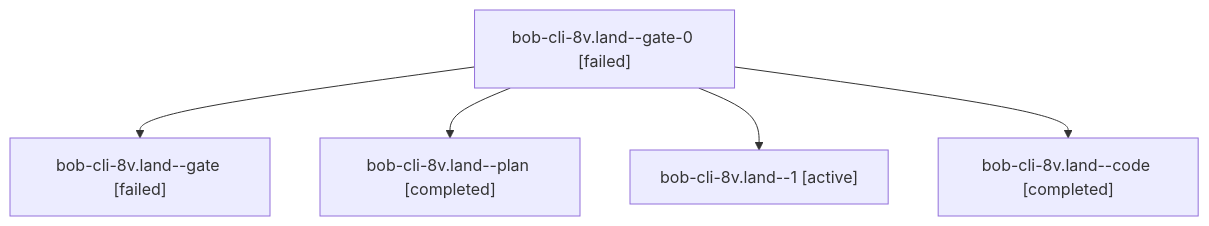
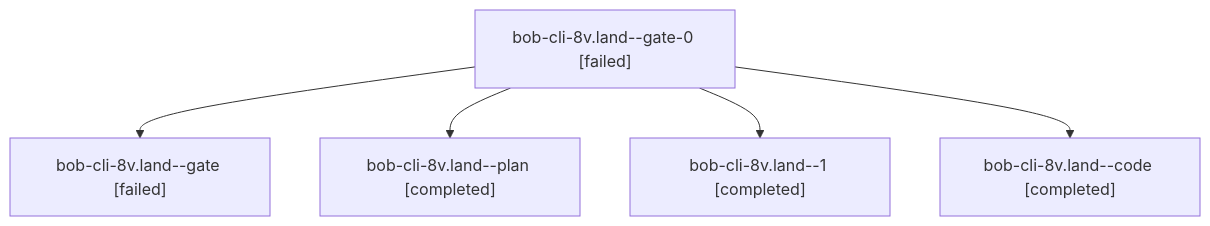
The diagram in sessions/bbugyi200.athena.bob-cli-8v.land.md (bobs-org/bob-cli--agents), drawn with Mermaid before and after one commit. The commit also changed other lines of this file and 396 other files, not shown here.

````diff
--- a/sessions/bbugyi200.athena.bob-cli-8v.land.md
+++ b/sessions/bbugyi200.athena.bob-cli-8v.land.md
@@ -9,12 +9,12 @@
 ```mermaid
 flowchart TD
   n0["bob-cli-8v.land--gate-0 [failed]"]
   n1["bob-cli-8v.land--gate [failed]"]
   n0 --> n1
   n2["bob-cli-8v.land--plan [completed]"]
   n0 --> n2
-  n3["bob-cli-8v.land--1 [active]"]
+  n3["bob-cli-8v.land--1 [completed]"]
   n0 --> n3
   n4["bob-cli-8v.land--code [completed]"]
   n0 --> n4
 ```
````
